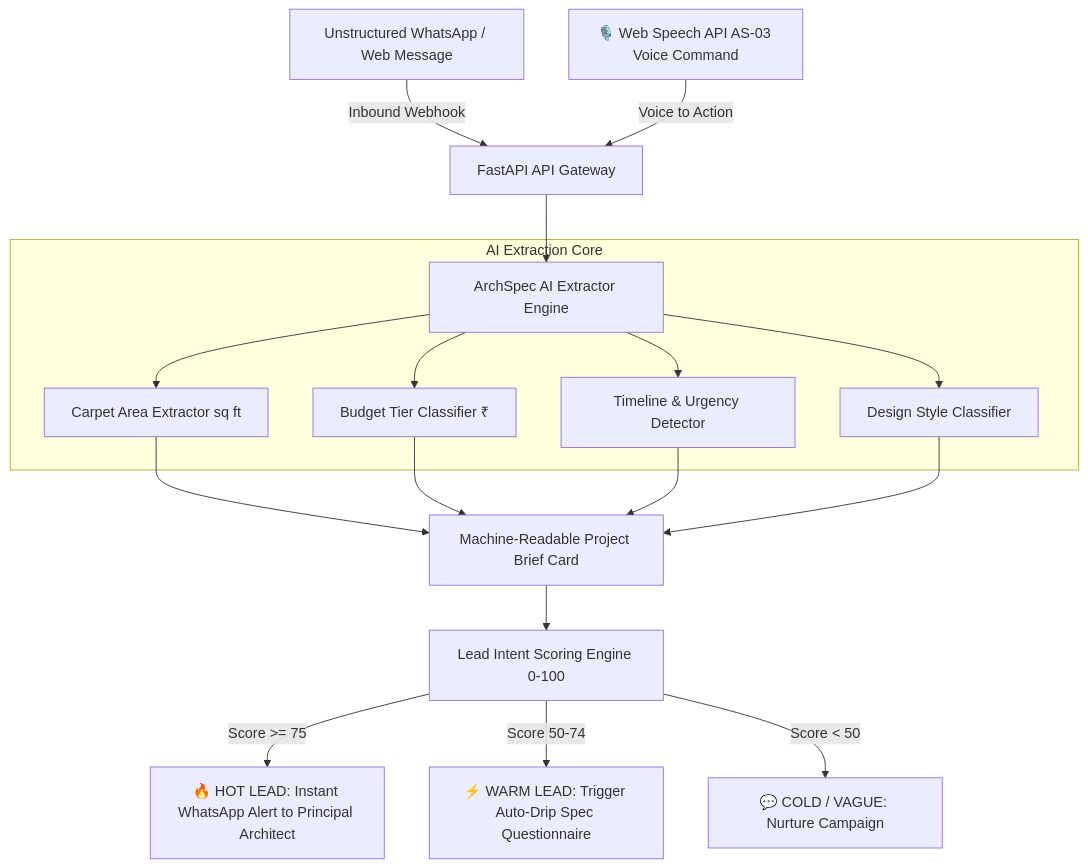
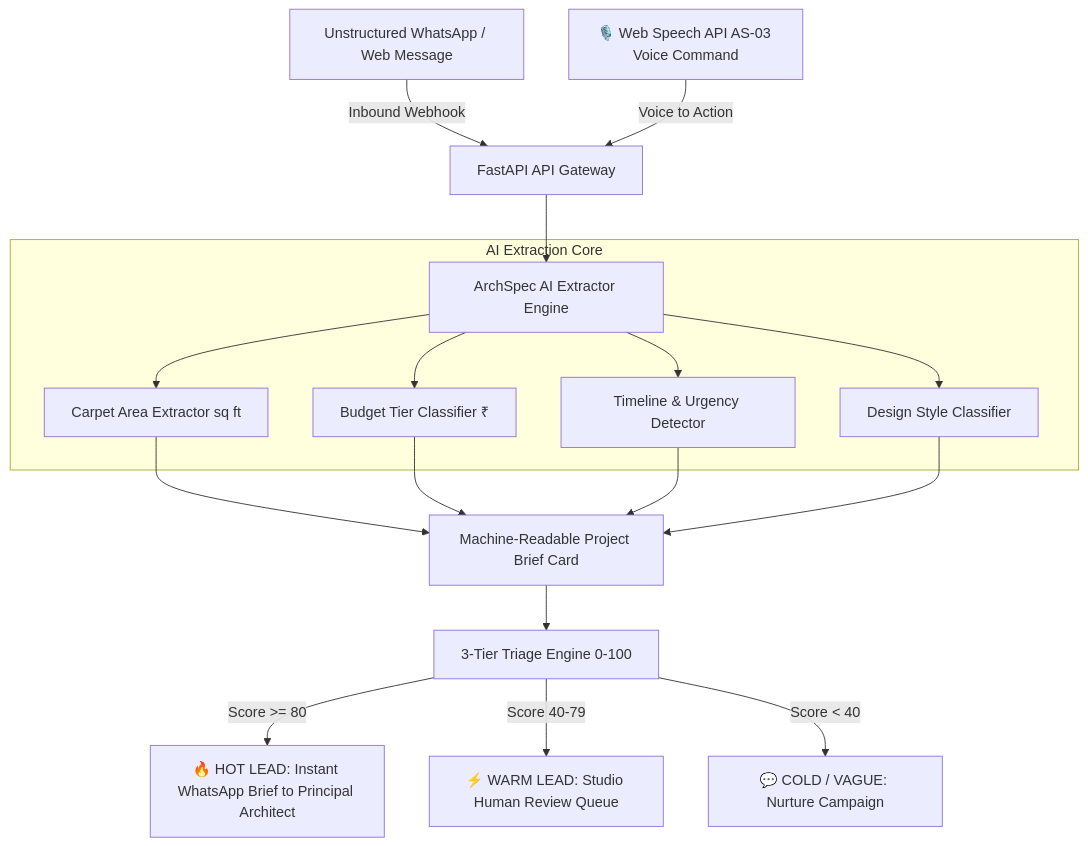
Before and after one commit to Rafiaminhaj/archscale-lead-engine: the diagram in README.md, drawn with Mermaid. The commit also changed other lines of this file and 6 other files, not shown here.

Commit message:
Add 3-Tier Automated Triage Routing and explicit scoring rubric documentation

````diff
--- a/README.md
+++ b/README.md
@@ -13,25 +33,25 @@
 ```mermaid
 graph TD
     A[Unstructured WhatsApp / Web Message] -->|Inbound Webhook| B[FastAPI API Gateway]
     B --> C[ArchSpec AI Extractor Engine]
     
     subgraph AI Extraction Core
         C --> D[Carpet Area Extractor sq ft]
         C --> E[Budget Tier Classifier ₹]
         C --> F[Timeline & Urgency Detector]
         C --> G[Design Style Classifier]
     end
     
     D --> H[Machine-Readable Project Brief Card]
     E --> H
     F --> H
     G --> H
     
-    H --> I[Lead Intent Scoring Engine 0-100]
+    H --> I[3-Tier Triage Engine 0-100]
     
-    I -->|Score >= 75| J[🔥 HOT LEAD: Instant WhatsApp Alert to Principal Architect]
-    I -->|Score 50-74| K[⚡ WARM LEAD: Trigger Auto-Drip Spec Questionnaire]
-    I -->|Score < 50| L[💬 COLD / VAGUE: Nurture Campaign]
+    I -->|Score >= 80| J[🔥 HOT LEAD: Instant WhatsApp Brief to Principal Architect]
+    I -->|Score 40-79| K[⚡ WARM LEAD: Studio Human Review Queue]
+    I -->|Score < 40| L[💬 COLD / VAGUE: Nurture Campaign]
     
     M[🎙️ Web Speech API AS-03 Voice Command] -->|Voice to Action| B
 ```
````
